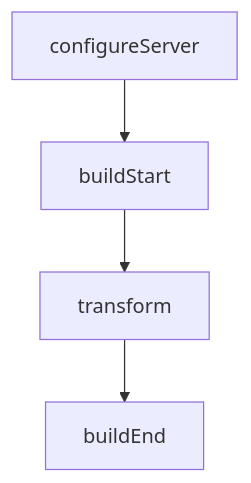
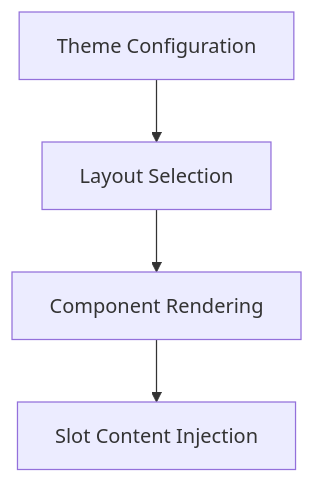
Before and after one commit to bun-press/bunpress: the fifth of 6 diagrams in memory-bank/systemPatterns.md, drawn with Mermaid. The commit also changed other lines of this file and 49 other files, not shown here.

````diff
--- a/memory-bank/systemPatterns.md
+++ b/memory-bank/systemPatterns.md
@@ -508,6 +92,6 @@
 ```mermaid
-flowchart TD
-    configureServer[configureServer] --> buildStart[buildStart]
-    buildStart --> transform[transform]
-    transform --> buildEnd[buildEnd]
+graph TD
+    A[Theme Configuration] --> B[Layout Selection]
+    B --> C[Component Rendering]
+    C --> D[Slot Content Injection]
 ```
````
